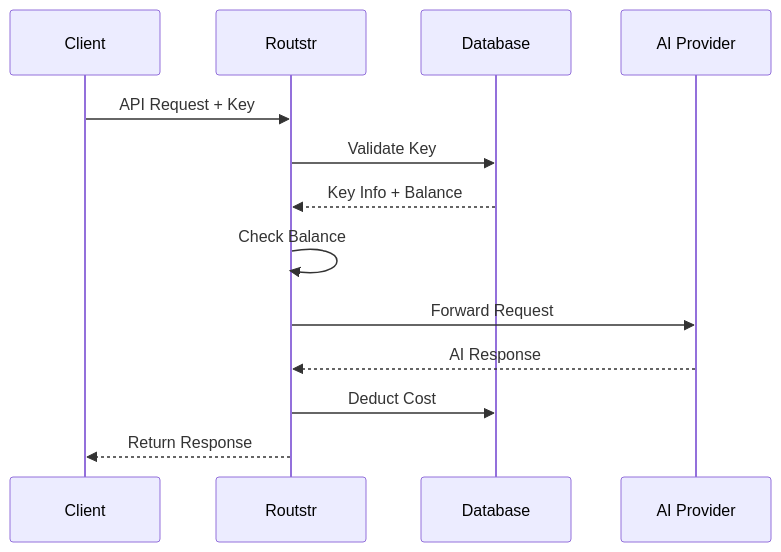
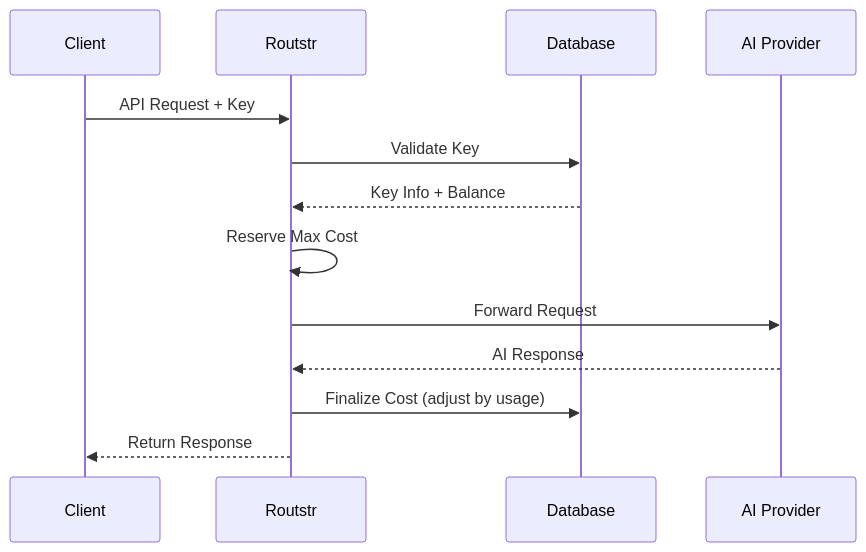
One commit to Routstr/routstr-core changed the second of 3 diagrams in docs/contributing/architecture.md. Above: the diagram before and after it, drawn with Mermaid. The commit also changed other lines of this file and 21 other files, not shown here.

````diff
--- a/docs/contributing/architecture.md
+++ b/docs/contributing/architecture.md
@@ -100,16 +130,16 @@
 ```mermaid
 sequenceDiagram
     participant C as Client
     participant R as Routstr
     participant D as Database
     participant P as AI Provider
     
     C->>R: API Request + Key
     R->>D: Validate Key
     D-->>R: Key Info + Balance
-    R->>R: Check Balance
+    R->>R: Reserve Max Cost
     R->>P: Forward Request
     P-->>R: AI Response
-    R->>D: Deduct Cost
+    R->>D: Finalize Cost (adjust by usage)
     R-->>C: Return Response
 ```
````
